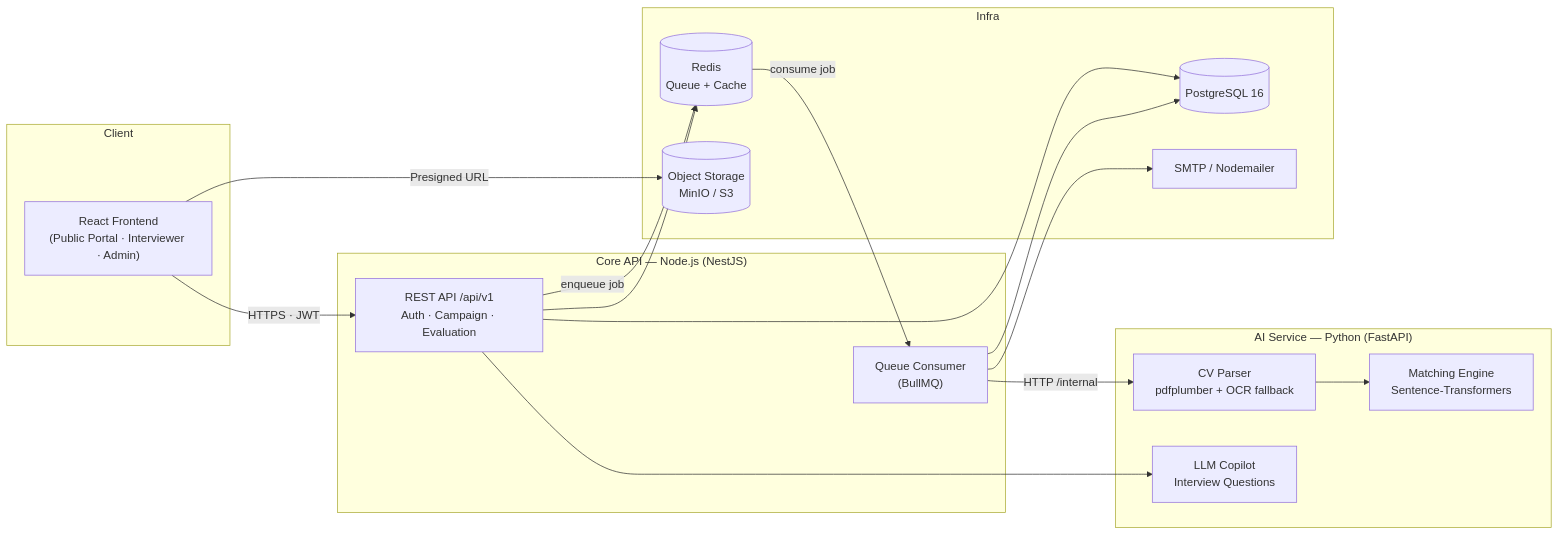
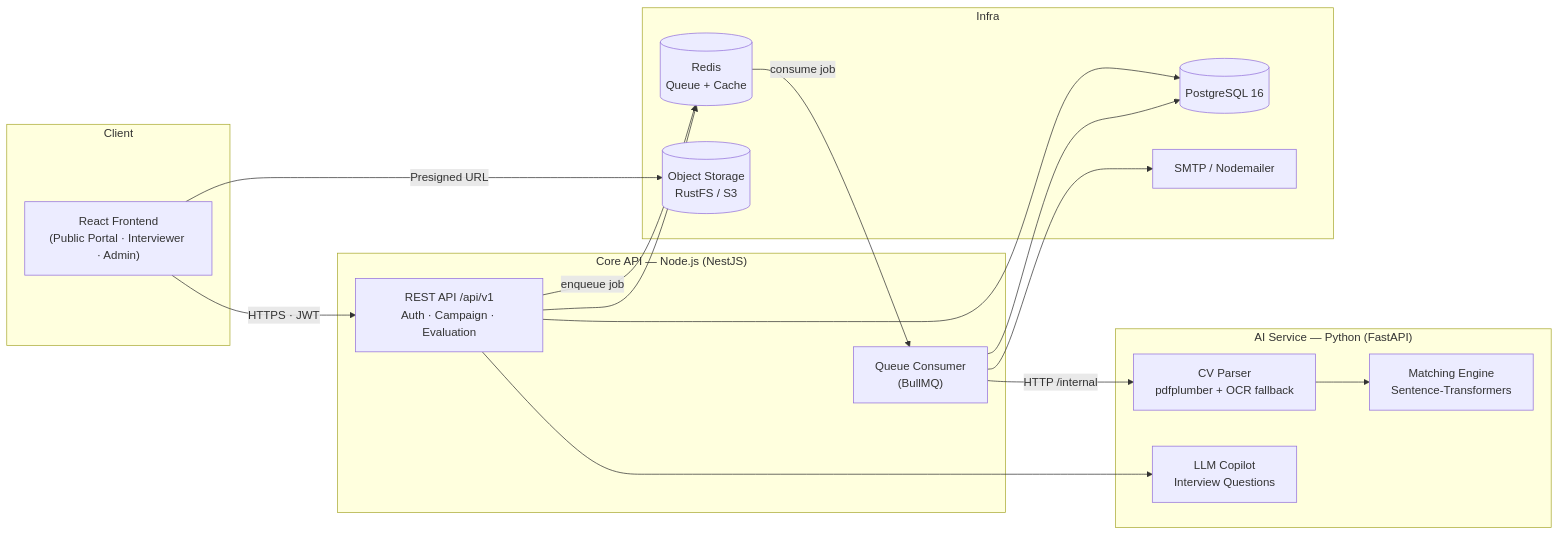
One commit to Maiquangvu206/AI-POWERED-INTERNAL-ATS changed the first of 5 diagrams in README.md. Above: the diagram before and after it, drawn with Mermaid. The commit also changed other lines of this file and 75 other files, not shown here.

Commit message:
feat: initialize monorepo structure with backend, frontend, ai service, and initial prisma schema

````diff
--- a/README.md
+++ b/README.md
@@ -98,36 +102,36 @@
 ```mermaid
 flowchart LR
     subgraph Client
         FE["React Frontend<br/>(Public Portal · Interviewer · Admin)"]
     end
 
     subgraph Core["Core API — Node.js (NestJS)"]
         API["REST API /api/v1<br/>Auth · Campaign · Evaluation"]
         WORKER["Queue Consumer<br/>(BullMQ)"]
     end
 
     subgraph AI["AI Service — Python (FastAPI)"]
         PARSE["CV Parser<br/>pdfplumber + OCR fallback"]
         MATCH["Matching Engine<br/>Sentence-Transformers"]
         COPILOT["LLM Copilot<br/>Interview Questions"]
     end
 
     subgraph Infra
         DB[("PostgreSQL 16")]
         REDIS[("Redis<br/>Queue + Cache")]
-        S3[("Object Storage<br/>MinIO / S3")]
+        S3[("Object Storage<br/>RustFS / S3")]
         MAIL["SMTP / Nodemailer"]
     end
 
     FE -->|"HTTPS · JWT"| API
     FE -->|"Presigned URL"| S3
     API --> DB
     API -->|"enqueue job"| REDIS
     REDIS -->|"consume job"| WORKER
     WORKER -->|"HTTP /internal"| PARSE
     PARSE --> MATCH
     WORKER --> DB
     WORKER --> MAIL
     API --> COPILOT
     API --> REDIS
 ```
````
